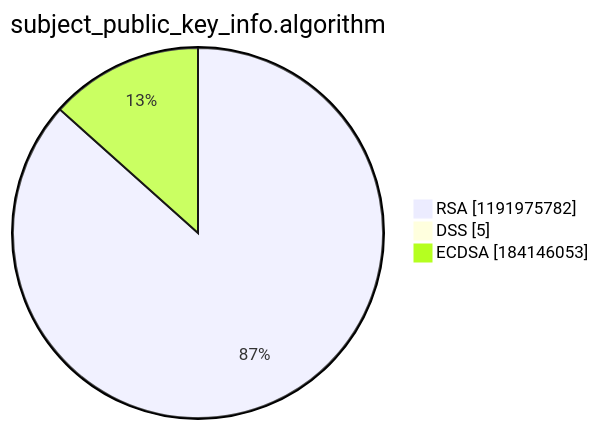
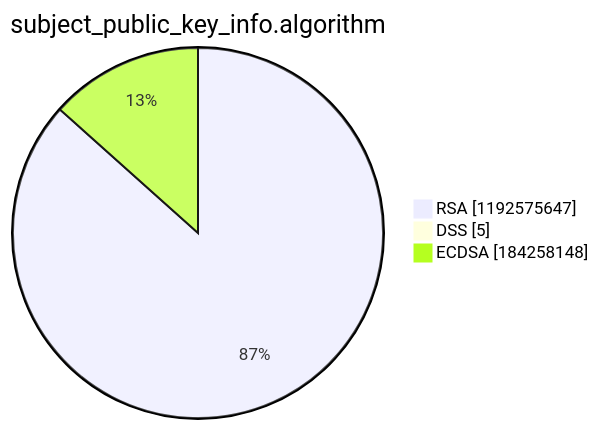
The third of 15 diagrams in argon2022/README.md (christiankrug/ctmonitor_visualization), drawn with Mermaid before and after one commit. The commit also changed other lines of this file, not shown here.

````diff
--- a/argon2022/README.md
+++ b/argon2022/README.md
@@ -14,7 +14,7 @@
 ```mermaid
 pie showData
 title subject_public_key_info.algorithm
-"RSA" :1191975782
+"RSA" :1192575647
 "DSS" :5
-"ECDSA" :184146053
+"ECDSA" :184258148
 ```
````
